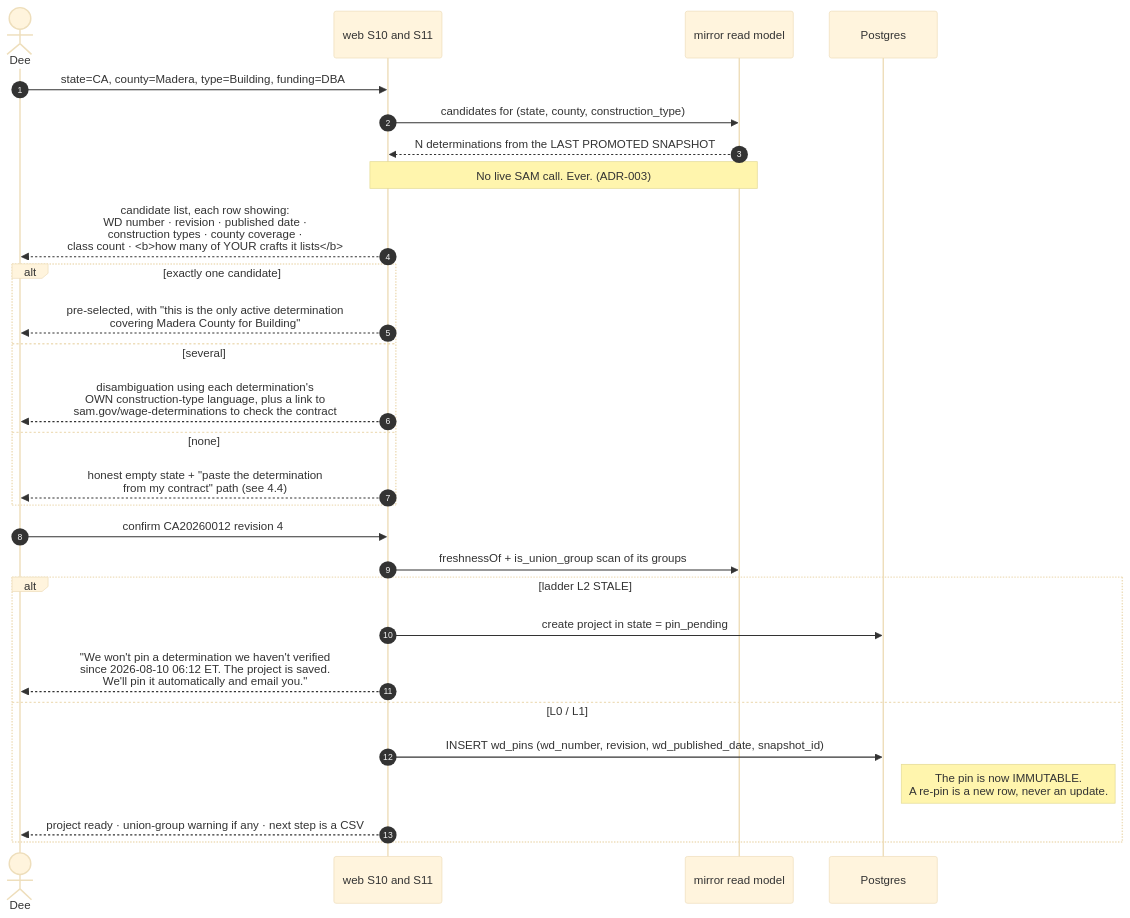
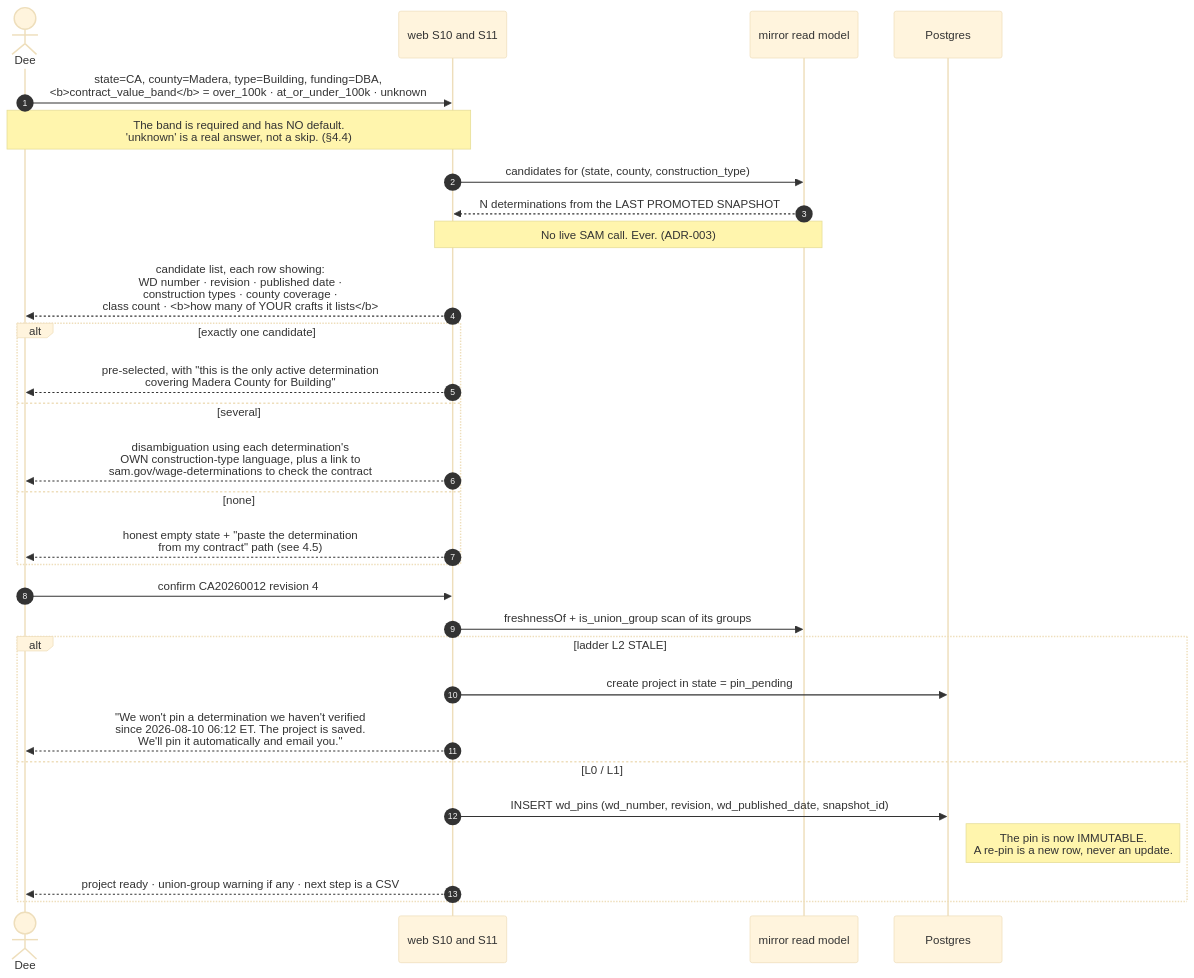
Before and after one commit to ozore/Octopus: the fourth of 14 diagrams in run-2/phase-2-build/architecture/USER_JOURNEY.md, drawn with Mermaid (base theme). The commit also changed other lines of this file and 8 other files, not shown here.

````diff
--- a/run-2/phase-2-build/architecture/USER_JOURNEY.md
+++ b/run-2/phase-2-build/architecture/USER_JOURNEY.md
@@ -398,35 +422,36 @@
 ```mermaid
 sequenceDiagram
     autonumber
     actor D as Dee
     participant W as web S10 and S11
     participant MR as mirror read model
     participant DB as Postgres
 
-    D->>W: state=CA, county=Madera, type=Building, funding=DBA
+    D->>W: state=CA, county=Madera, type=Building, funding=DBA,<br/><b>contract_value_band</b> = over_100k · at_or_under_100k · unknown
+    Note over D,W: The band is required and has NO default.<br/>'unknown' is a real answer, not a skip. (§4.4)
     W->>MR: candidates for (state, county, construction_type)
     MR-->>W: N determinations from the LAST PROMOTED SNAPSHOT
 
     Note over W,MR: No live SAM call. Ever. (ADR-003)
 
     W-->>D: candidate list, each row showing:<br/>WD number · revision · published date ·<br/>construction types · county coverage ·<br/>class count · <b>how many of YOUR crafts it lists</b>
 
     alt exactly one candidate
         W-->>D: pre-selected, with "this is the only active determination<br/>covering Madera County for Building"
     else several
         W-->>D: disambiguation using each determination's<br/>OWN construction-type language, plus a link to<br/>sam.gov/wage-determinations to check the contract
     else none
-        W-->>D: honest empty state + "paste the determination<br/>from my contract" path (see 4.4)
+        W-->>D: honest empty state + "paste the determination<br/>from my contract" path (see 4.5)
     end
 
     D->>W: confirm CA20260012 revision 4
     W->>MR: freshnessOf + is_union_group scan of its groups
     alt ladder L2 STALE
         W->>DB: create project in state = pin_pending
         W-->>D: "We won't pin a determination we haven't verified<br/>since 2026-08-10 06:12 ET. The project is saved.<br/>We'll pin it automatically and email you."
     else L0 / L1
         W->>DB: INSERT wd_pins (wd_number, revision, wd_published_date, snapshot_id)
         Note right of DB: The pin is now IMMUTABLE.<br/>A re-pin is a new row, never an update.
         W-->>D: project ready · union-group warning if any · next step is a CSV
     end
 ```
````
